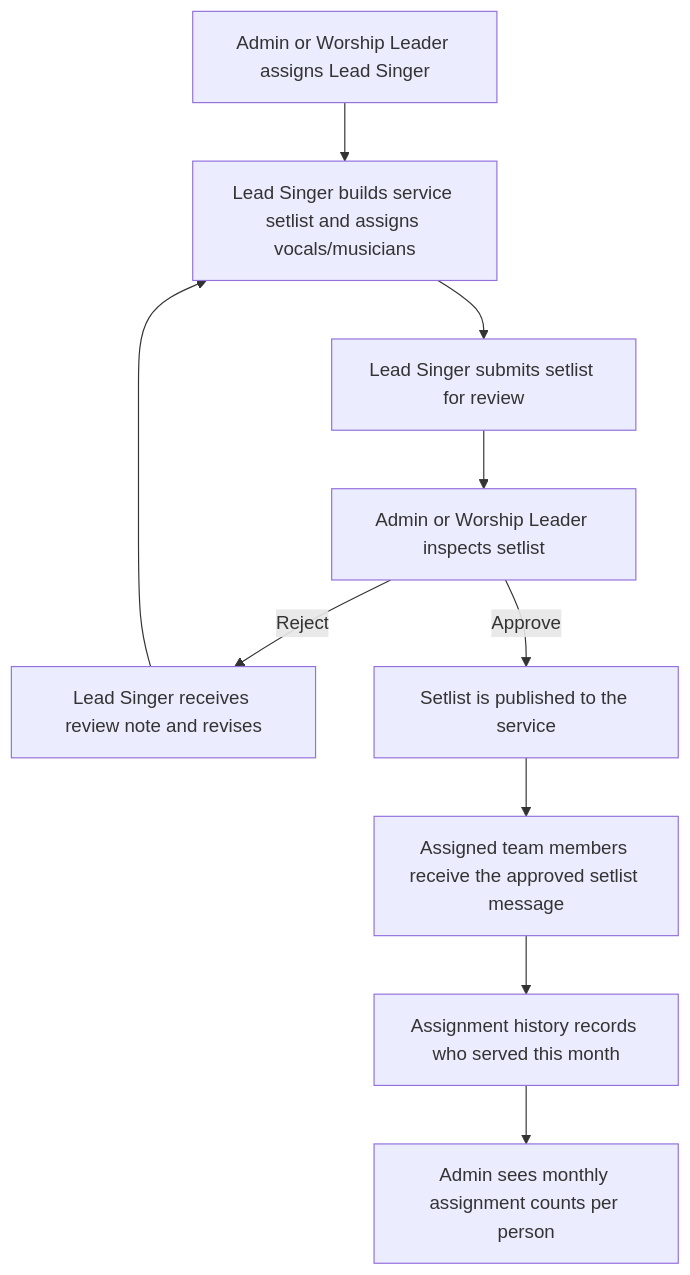
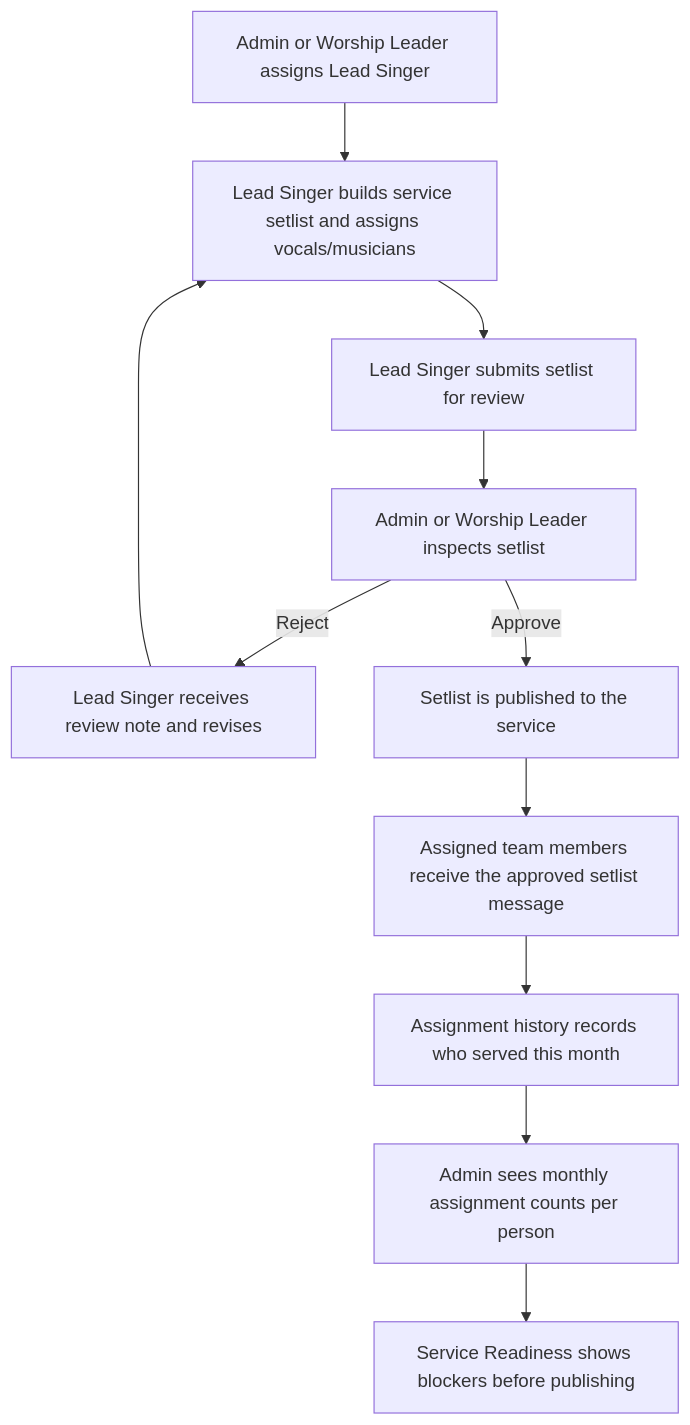
Before and after one commit to xxmineiroxx-sketch/Ultimate-musician-cinestage-vault: the diagram in docs/setlist-approval-workflow.md, drawn with Mermaid. The commit also changed other lines of this file and 8 other files, not shown here.

Commit message:
Add service readiness dashboard

````diff
--- a/docs/setlist-approval-workflow.md
+++ b/docs/setlist-approval-workflow.md
@@ -14,12 +14,13 @@
 ```mermaid
 flowchart TD
   A["Admin or Worship Leader assigns Lead Singer"] --> B["Lead Singer builds service setlist and assigns vocals/musicians"]
   B --> C["Lead Singer submits setlist for review"]
   C --> D["Admin or Worship Leader inspects setlist"]
   D -->|Reject| E["Lead Singer receives review note and revises"]
   E --> B
   D -->|Approve| F["Setlist is published to the service"]
   F --> G["Assigned team members receive the approved setlist message"]
   G --> H["Assignment history records who served this month"]
   H --> I["Admin sees monthly assignment counts per person"]
+  I --> J["Service Readiness shows blockers before publishing"]
 ```
````
